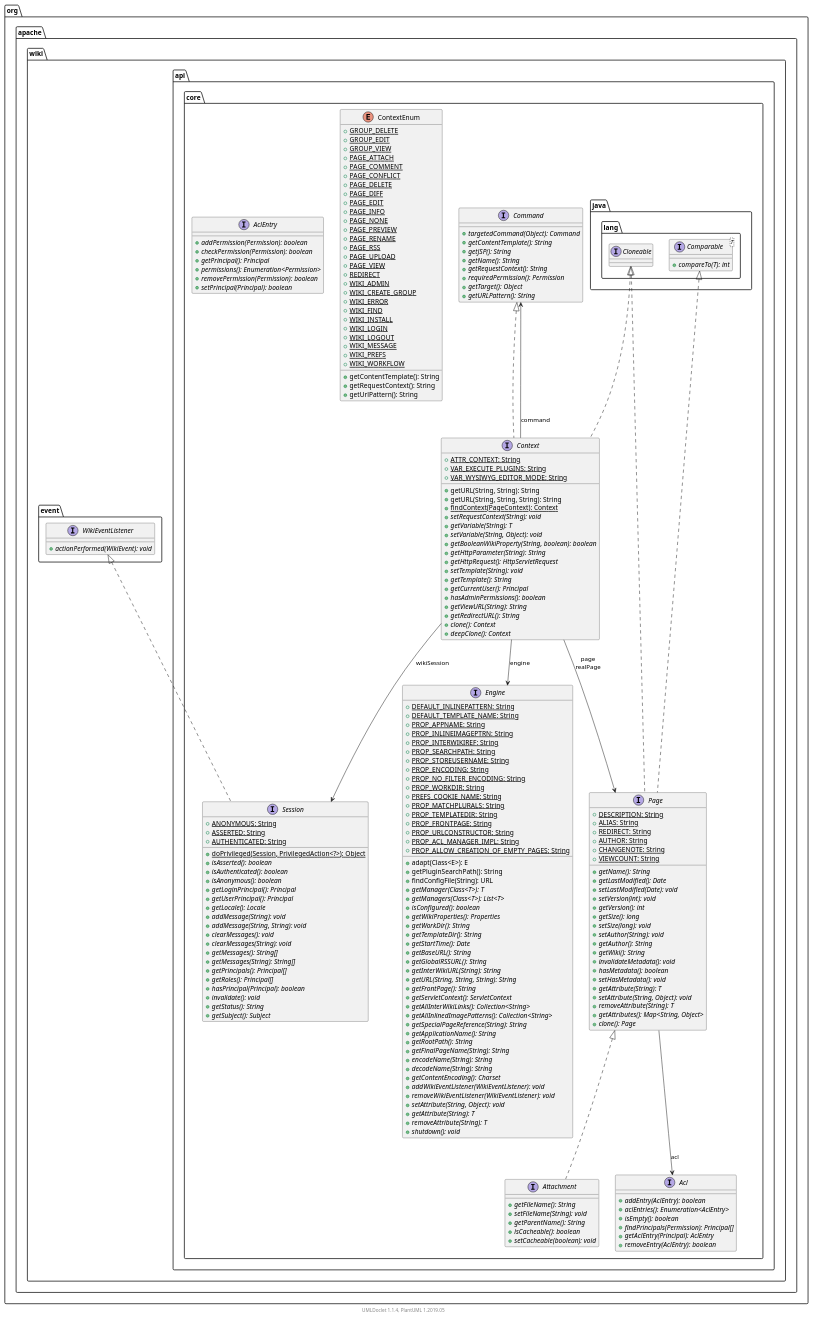
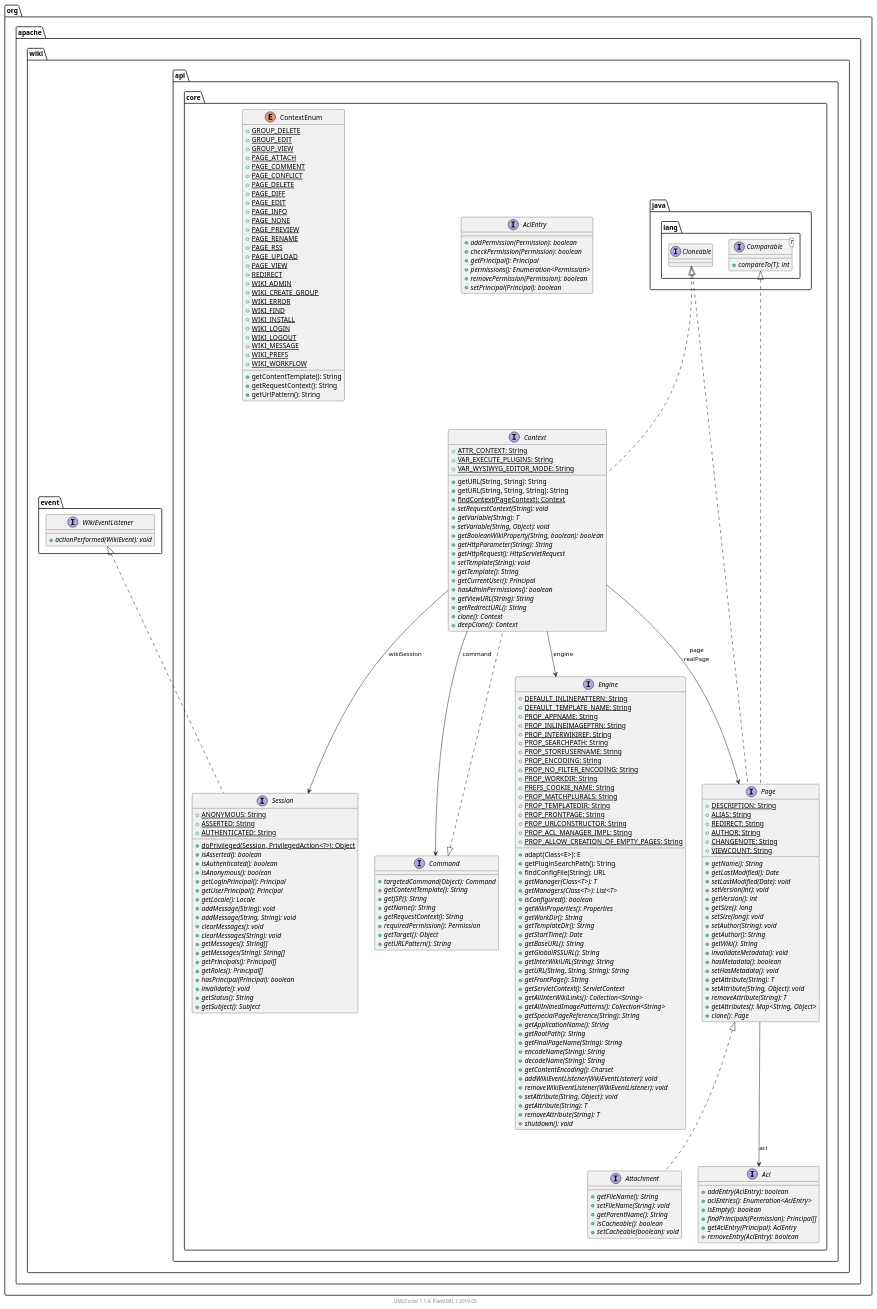
Before and after one commit to apache/jspwiki-site: the diagram in apidocs/2.11.0.M8-SNAPSHOT/org/apache/wiki/api/core/package.puml, drawn with PlantUML. The commit also changed other lines of this file and 1878 other files, not shown here.

```diff
--- a/apidocs/2.11.0.M8-SNAPSHOT/org/apache/wiki/api/core/package.puml
+++ b/apidocs/2.11.0.M8-SNAPSHOT/org/apache/wiki/api/core/package.puml
@@ -1,103 +1,6 @@
 @startuml
 
     namespace org.apache.wiki.api.core {
-
-        interface Command [[Command.html]] {
-            {abstract} +targetedCommand(Object): Command
-            {abstract} +getContentTemplate(): String
-            {abstract} +getJSP(): String
-            {abstract} +getName(): String
-            {abstract} +getRequestContext(): String
-            {abstract} +requiredPermission(): Permission
-            {abstract} +getTarget(): Object
-            {abstract} +getURLPattern(): String
-        }
-
-        interface Attachment [[Attachment.html]] {
-            {abstract} +getFileName(): String
-            {abstract} +setFileName(String): void
-            {abstract} +getParentName(): String
-            {abstract} +isCacheable(): boolean
-            {abstract} +setCacheable(boolean): void
-        }
-
-        interface Page [[Page.html]] {
-            {static} +DESCRIPTION: String
-            {static} +ALIAS: String
-            {static} +REDIRECT: String
-            {static} +AUTHOR: String
-            {static} +CHANGENOTE: String
-            {static} +VIEWCOUNT: String
-            {abstract} +getName(): String
-            {abstract} +getLastModified(): Date
-            {abstract} +setLastModified(Date): void
-            {abstract} +setVersion(int): void
-            {abstract} +getVersion(): int
-            {abstract} +getSize(): long
-            {abstract} +setSize(long): void
-            {abstract} +setAuthor(String): void
-            {abstract} +getAuthor(): String
-            {abstract} +getWiki(): String
-            {abstract} +invalidateMetadata(): void
-            {abstract} +hasMetadata(): boolean
-            {abstract} +setHasMetadata(): void
-            {abstract} +getAttribute(String): T
-            {abstract} +setAttribute(String, Object): void
-            {abstract} +removeAttribute(String): T
-            {abstract} +getAttributes(): Map<String, Object>
-            {abstract} +clone(): Page
-        }
-
-        enum ContextEnum [[ContextEnum.html]] {
-            {static} +GROUP_DELETE
-            {static} +GROUP_EDIT
-            {static} +GROUP_VIEW
-            {static} +PAGE_ATTACH
-            {static} +PAGE_COMMENT
-            {static} +PAGE_CONFLICT
-            {static} +PAGE_DELETE
-            {static} +PAGE_DIFF
-            {static} +PAGE_EDIT
-            {static} +PAGE_INFO
-            {static} +PAGE_NONE
-            {static} +PAGE_PREVIEW
-            {static} +PAGE_RENAME
-            {static} +PAGE_RSS
-            {static} +PAGE_UPLOAD
-            {static} +PAGE_VIEW
-            {static} +REDIRECT
-            {static} +WIKI_ADMIN
-            {static} +WIKI_CREATE_GROUP
-            {static} +WIKI_ERROR
-            {static} +WIKI_FIND
-            {static} +WIKI_INSTALL
-            {static} +WIKI_LOGIN
-            {static} +WIKI_LOGOUT
-            {static} +WIKI_MESSAGE
-            {static} +WIKI_PREFS
-            {static} +WIKI_WORKFLOW
-            +getContentTemplate(): String
-            +getRequestContext(): String
-            +getUrlPattern(): String
-        }
-
-        interface AclEntry [[AclEntry.html]] {
-            {abstract} +addPermission(Permission): boolean
-            {abstract} +checkPermission(Permission): boolean
-            {abstract} +getPrincipal(): Principal
-            {abstract} +permissions(): Enumeration<Permission>
-            {abstract} +removePermission(Permission): boolean
-            {abstract} +setPrincipal(Principal): boolean
-        }
-
-        interface Acl [[Acl.html]] {
-            {abstract} +addEntry(AclEntry): boolean
-            {abstract} +aclEntries(): Enumeration<AclEntry>
-            {abstract} +isEmpty(): boolean
-            {abstract} +findPrincipals(Permission): Principal[]
-            {abstract} +getAclEntry(Principal): AclEntry
-            {abstract} +removeEntry(AclEntry): boolean
-        }
 
         interface Context [[Context.html]] {
             {static} +ATTR_CONTEXT: String
@@ -120,6 +23,48 @@
             {abstract} +getRedirectURL(): String
             {abstract} +clone(): Context
             {abstract} +deepClone(): Context
+        }
+
+        interface Attachment [[Attachment.html]] {
+            {abstract} +getFileName(): String
+            {abstract} +setFileName(String): void
+            {abstract} +getParentName(): String
+            {abstract} +isCacheable(): boolean
+            {abstract} +setCacheable(boolean): void
+        }
+
+        interface Session [[Session.html]] {
+            {static} +ANONYMOUS: String
+            {static} +ASSERTED: String
+            {static} +AUTHENTICATED: String
+            {static} +doPrivileged(Session, PrivilegedAction<?>): Object
+            {abstract} +isAsserted(): boolean
+            {abstract} +isAuthenticated(): boolean
+            {abstract} +isAnonymous(): boolean
+            {abstract} +getLoginPrincipal(): Principal
+            {abstract} +getUserPrincipal(): Principal
+            {abstract} +getLocale(): Locale
+            {abstract} +addMessage(String): void
+            {abstract} +addMessage(String, String): void
+            {abstract} +clearMessages(): void
+            {abstract} +clearMessages(String): void
+            {abstract} +getMessages(): String[]
+            {abstract} +getMessages(String): String[]
+            {abstract} +getPrincipals(): Principal[]
+            {abstract} +getRoles(): Principal[]
+            {abstract} +hasPrincipal(Principal): boolean
+            {abstract} +invalidate(): void
+            {abstract} +getStatus(): String
+            {abstract} +getSubject(): Subject
+        }
+
+        interface Acl [[Acl.html]] {
+            {abstract} +addEntry(AclEntry): boolean
+            {abstract} +aclEntries(): Enumeration<AclEntry>
+            {abstract} +isEmpty(): boolean
+            {abstract} +findPrincipals(Permission): Principal[]
+            {abstract} +getAclEntry(Principal): AclEntry
+            {abstract} +removeEntry(AclEntry): boolean
         }
 
         interface Engine [[Engine.html]] {
@@ -173,51 +118,104 @@
             {abstract} +shutdown(): void
         }
 
-        interface Session [[Session.html]] {
-            {static} +ANONYMOUS: String
-            {static} +ASSERTED: String
-            {static} +AUTHENTICATED: String
-            {static} +doPrivileged(Session, PrivilegedAction<?>): Object
-            {abstract} +isAsserted(): boolean
-            {abstract} +isAuthenticated(): boolean
-            {abstract} +isAnonymous(): boolean
-            {abstract} +getLoginPrincipal(): Principal
-            {abstract} +getUserPrincipal(): Principal
-            {abstract} +getLocale(): Locale
-            {abstract} +addMessage(String): void
-            {abstract} +addMessage(String, String): void
-            {abstract} +clearMessages(): void
-            {abstract} +clearMessages(String): void
-            {abstract} +getMessages(): String[]
-            {abstract} +getMessages(String): String[]
-            {abstract} +getPrincipals(): Principal[]
-            {abstract} +getRoles(): Principal[]
-            {abstract} +hasPrincipal(Principal): boolean
-            {abstract} +invalidate(): void
-            {abstract} +getStatus(): String
-            {abstract} +getSubject(): Subject
+        interface Page [[Page.html]] {
+            {static} +DESCRIPTION: String
+            {static} +ALIAS: String
+            {static} +REDIRECT: String
+            {static} +AUTHOR: String
+            {static} +CHANGENOTE: String
+            {static} +VIEWCOUNT: String
+            {abstract} +getName(): String
+            {abstract} +getLastModified(): Date
+            {abstract} +setLastModified(Date): void
+            {abstract} +setVersion(int): void
+            {abstract} +getVersion(): int
+            {abstract} +getSize(): long
+            {abstract} +setSize(long): void
+            {abstract} +setAuthor(String): void
+            {abstract} +getAuthor(): String
+            {abstract} +getWiki(): String
+            {abstract} +invalidateMetadata(): void
+            {abstract} +hasMetadata(): boolean
+            {abstract} +setHasMetadata(): void
+            {abstract} +getAttribute(String): T
+            {abstract} +setAttribute(String, Object): void
+            {abstract} +removeAttribute(String): T
+            {abstract} +getAttributes(): Map<String, Object>
+            {abstract} +clone(): Page
         }
+
+        interface AclEntry [[AclEntry.html]] {
+            {abstract} +addPermission(Permission): boolean
+            {abstract} +checkPermission(Permission): boolean
+            {abstract} +getPrincipal(): Principal
+            {abstract} +permissions(): Enumeration<Permission>
+            {abstract} +removePermission(Permission): boolean
+            {abstract} +setPrincipal(Principal): boolean
+        }
+
+        enum ContextEnum [[ContextEnum.html]] {
+            {static} +GROUP_DELETE
+            {static} +GROUP_EDIT
+            {static} +GROUP_VIEW
+            {static} +PAGE_ATTACH
+            {static} +PAGE_COMMENT
+            {static} +PAGE_CONFLICT
+            {static} +PAGE_DELETE
+            {static} +PAGE_DIFF
+            {static} +PAGE_EDIT
+            {static} +PAGE_INFO
+            {static} +PAGE_NONE
+            {static} +PAGE_PREVIEW
+            {static} +PAGE_RENAME
+            {static} +PAGE_RSS
+            {static} +PAGE_UPLOAD
+            {static} +PAGE_VIEW
+            {static} +REDIRECT
+            {static} +WIKI_ADMIN
+            {static} +WIKI_CREATE_GROUP
+            {static} +WIKI_ERROR
+            {static} +WIKI_FIND
+            {static} +WIKI_INSTALL
+            {static} +WIKI_LOGIN
+            {static} +WIKI_LOGOUT
+            {static} +WIKI_MESSAGE
+            {static} +WIKI_PREFS
+            {static} +WIKI_WORKFLOW
+            +getContentTemplate(): String
+            +getRequestContext(): String
+            +getUrlPattern(): String
+        }
+
+        interface Command [[Command.html]] {
+            {abstract} +targetedCommand(Object): Command
+            {abstract} +getContentTemplate(): String
+            {abstract} +getJSP(): String
+            {abstract} +getName(): String
+            {abstract} +getRequestContext(): String
+            {abstract} +requiredPermission(): Permission
+            {abstract} +getTarget(): Object
+            {abstract} +getURLPattern(): String
+        }
+
+        interface java.lang.Cloneable
+        java.lang.Cloneable <|.. Context
+
+        Command <|.. Context
 
         Page <|.. Attachment
 
-        interface java.lang.Cloneable
+        interface org.apache.wiki.event.WikiEventListener {
+            {abstract} +actionPerformed(WikiEvent): void
+        }
+        org.apache.wiki.event.WikiEventListener <|.. Session
+
         java.lang.Cloneable <|.. Page
 
         interface java.lang.Comparable<T> {
             {abstract} +compareTo(T): int
         }
         java.lang.Comparable <|.. Page
-
-        java.lang.Cloneable <|.. Context
-
-        Command <|.. Context
-
-        interface org.apache.wiki.event.WikiEventListener {
-            {abstract} +actionPerformed(WikiEvent): void
-        }
-        org.apache.wiki.event.WikiEventListener <|.. Session
-
-        Page --> Acl: acl
 
         Context --> Page: page\nrealPage
 
@@ -227,6 +225,8 @@
 
         Context --> Command: command
 
+        Page --> Acl: acl
+
     }
 
 
```
